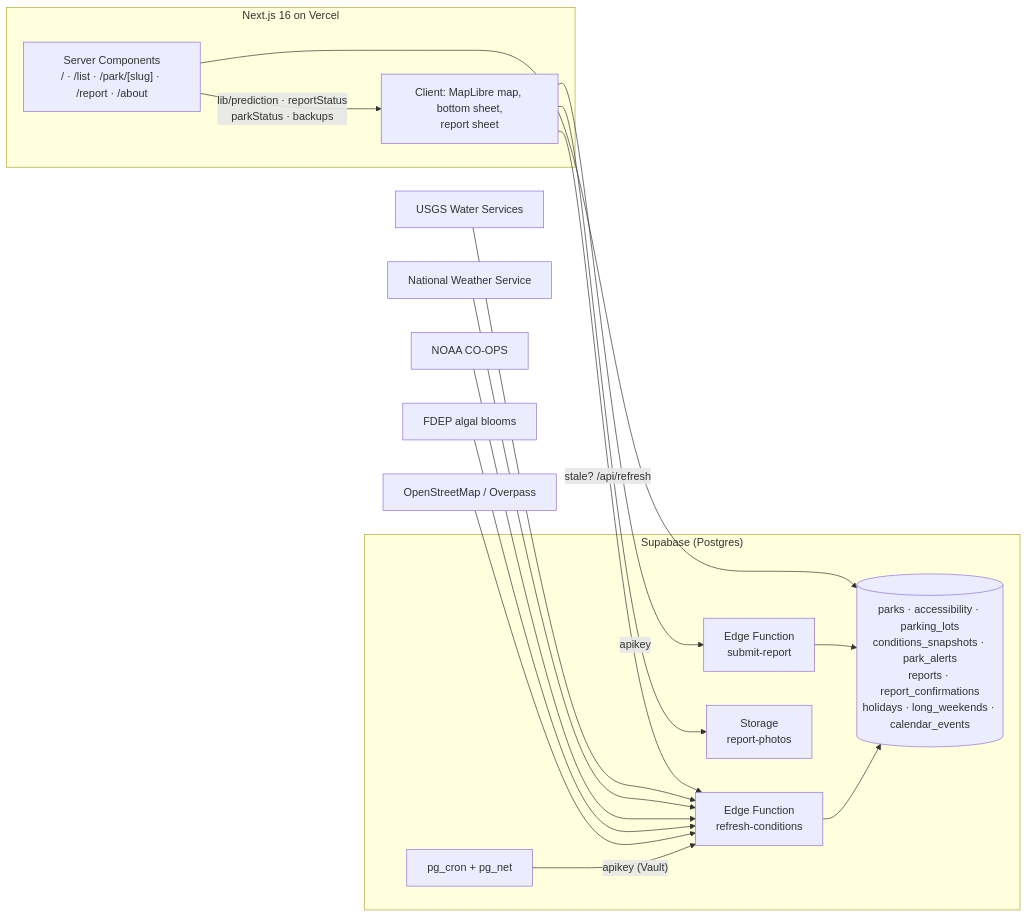
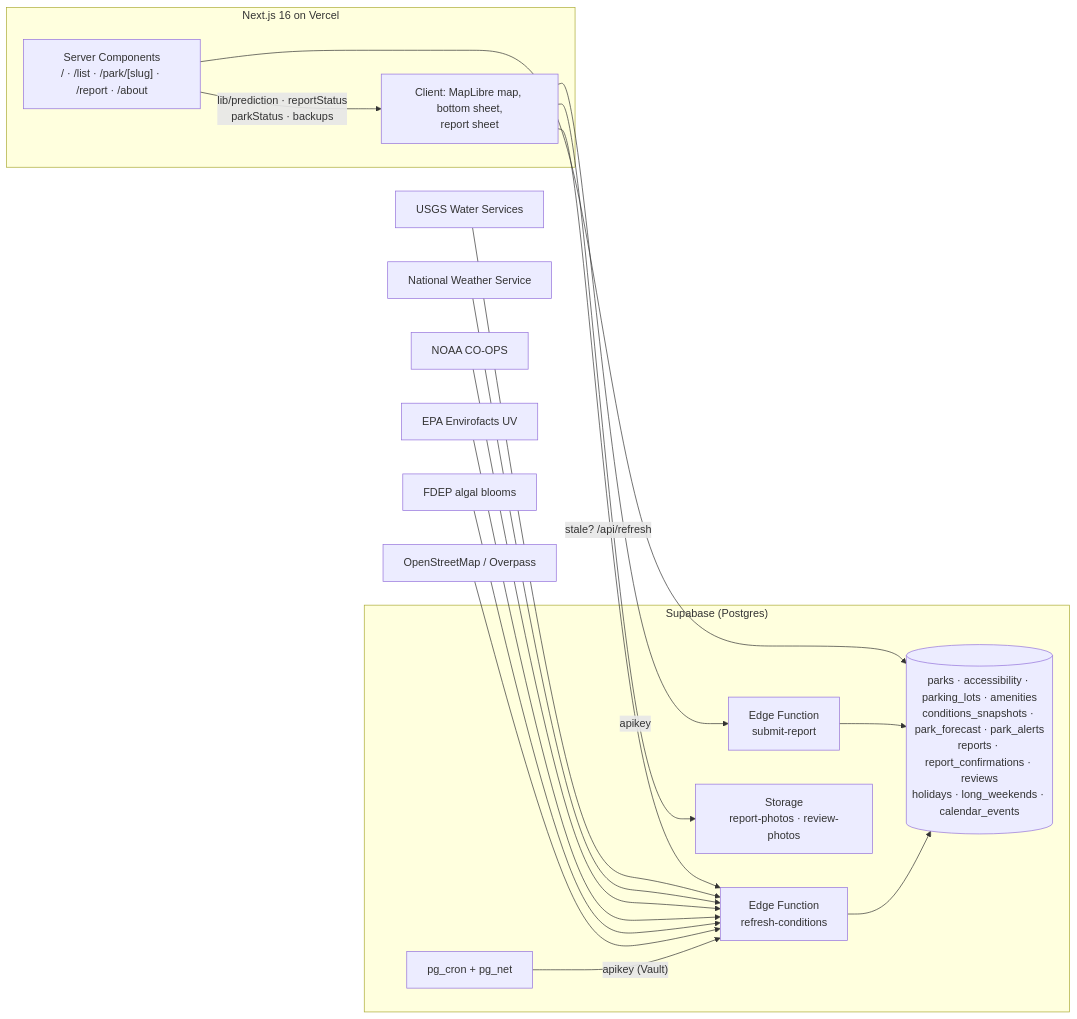
Before and after one commit to kofki/lakelens: the diagram in README.md, drawn with Mermaid. The commit also changed other lines of this file and 35 other files, not shown here.

````diff
--- a/README.md
+++ b/README.md
@@ -38,26 +46,27 @@
 ```mermaid
 flowchart LR
   subgraph Supabase["Supabase (Postgres)"]
-    PG[(parks · accessibility · parking_lots<br/>conditions_snapshots · park_alerts<br/>reports · report_confirmations<br/>holidays · long_weekends · calendar_events)]
+    PG[(parks · accessibility · parking_lots · amenities<br/>conditions_snapshots · park_forecast · park_alerts<br/>reports · report_confirmations · reviews<br/>holidays · long_weekends · calendar_events)]
     CRON[pg_cron + pg_net]
     EF[Edge Function<br/>submit-report]
-    ST[Storage<br/>report-photos]
+    ST[Storage<br/>report-photos · review-photos]
     EFR["Edge Function<br/>refresh-conditions"]
   end
   subgraph Vercel["Next.js 16 on Vercel"]
     PAGES["Server Components<br/>/ · /list · /park/[slug] · /report · /about"]
     CLIENT["Client: MapLibre map, bottom sheet,<br/>report sheet"]
   end
   USGS["USGS Water Services"] --> EFR
   NWS["National Weather Service"] --> EFR
   NOAA["NOAA CO-OPS"] --> EFR
+  EPA["EPA Envirofacts UV"] --> EFR
   FDEP["FDEP algal blooms"] --> EFR
   OSM["OpenStreetMap / Overpass"] --> EFR
   CRON -- "apikey (Vault)" --> EFR
   EFR --> PG
   PAGES --> PG
   PAGES -- "lib/prediction · reportStatus<br/>parkStatus · backups" --> CLIENT
   CLIENT -- "apikey" --> EF --> PG
   CLIENT --> ST
   CLIENT -- "stale? /api/refresh" --> EFR
 ```
````
